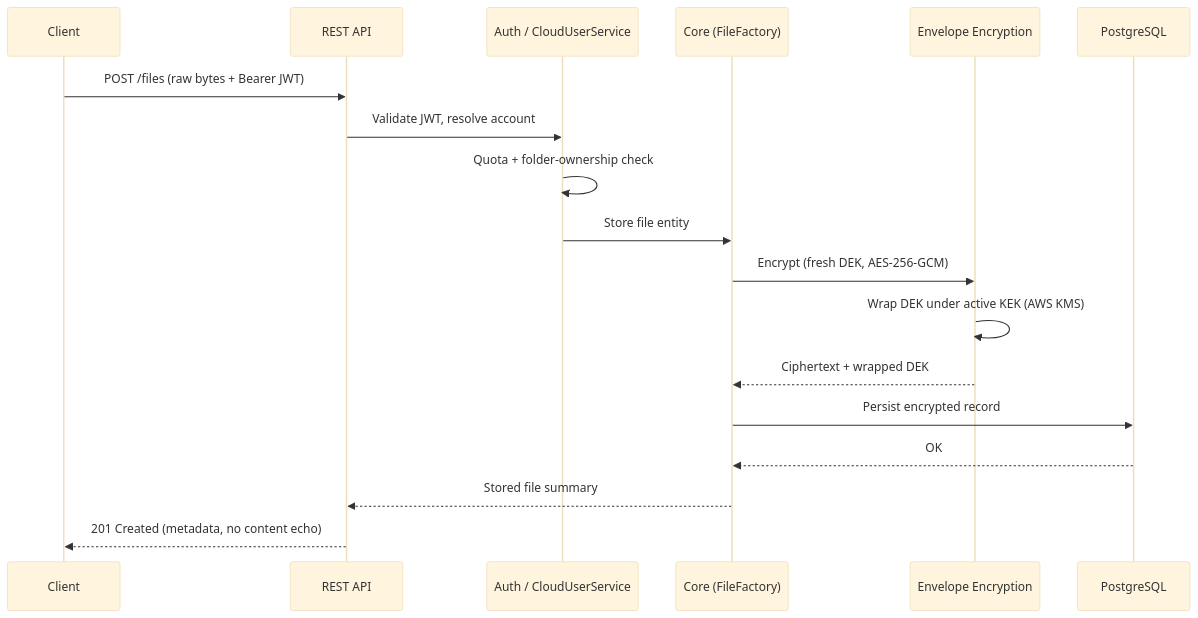
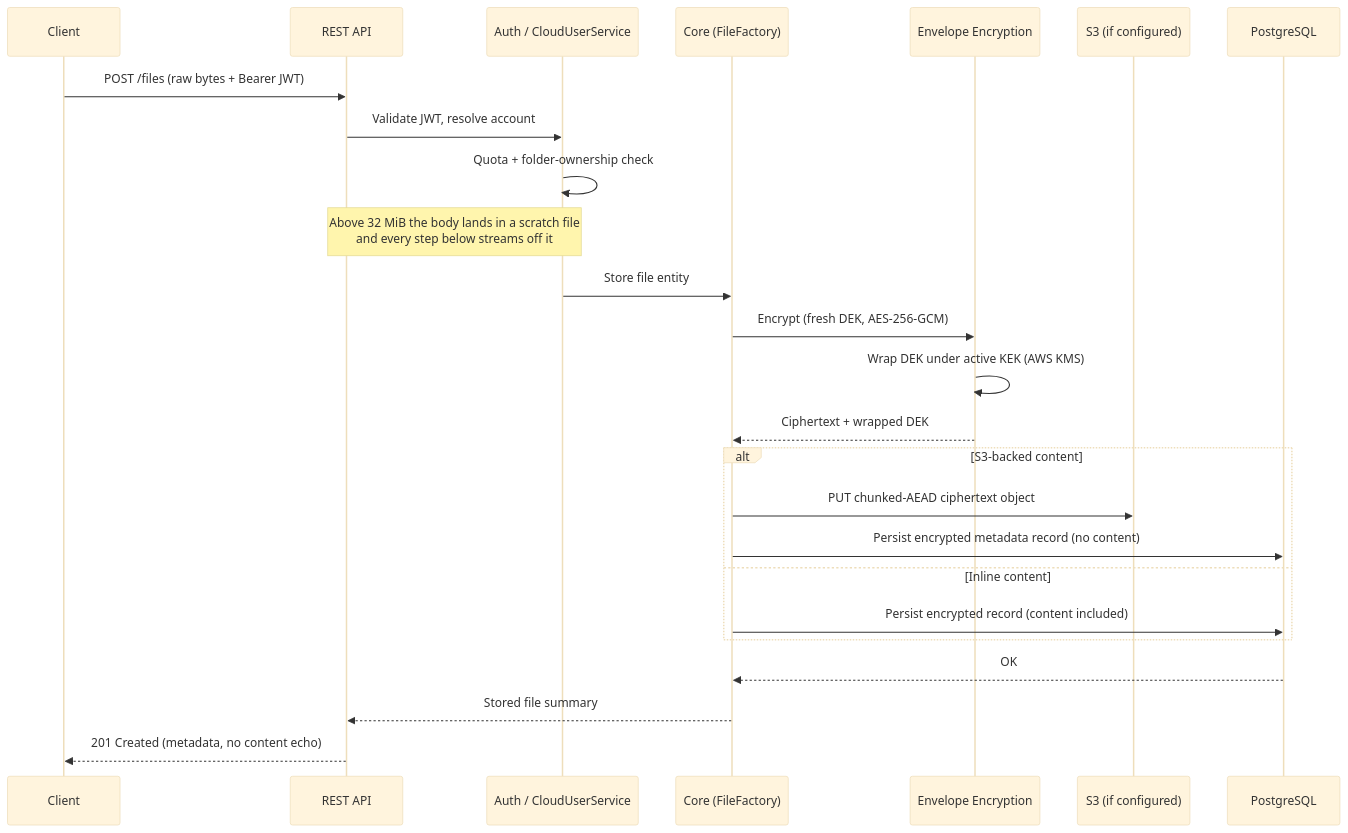
One commit to linoalessio/cloud-driver changed the third of 7 diagrams in README.md. Above: the diagram before and after it, drawn with Mermaid (base theme). The commit also changed other lines of this file and 9 other files, not shown here.

````diff
--- a/README.md
+++ b/README.md
@@ -220,21 +237,28 @@
 ```mermaid
 sequenceDiagram
     participant Client
     participant REST as REST API
     participant Auth as Auth / CloudUserService
     participant Core as Core (FileFactory)
     participant Enc as Envelope Encryption
+    participant S3 as S3 (if configured)
     participant DB as PostgreSQL
 
     Client->>REST: POST /files (raw bytes + Bearer JWT)
     REST->>Auth: Validate JWT, resolve account
     Auth->>Auth: Quota + folder-ownership check
+    Note over REST,Auth: Above 32 MiB the body lands in a scratch file<br/>and every step below streams off it
     Auth->>Core: Store file entity
     Core->>Enc: Encrypt (fresh DEK, AES-256-GCM)
     Enc->>Enc: Wrap DEK under active KEK (AWS KMS)
     Enc-->>Core: Ciphertext + wrapped DEK
-    Core->>DB: Persist encrypted record
+    alt S3-backed content
+        Core->>S3: PUT chunked-AEAD ciphertext object
+        Core->>DB: Persist encrypted metadata record (no content)
+    else Inline content
+        Core->>DB: Persist encrypted record (content included)
+    end
     DB-->>Core: OK
     Core-->>REST: Stored file summary
     REST-->>Client: 201 Created (metadata, no content echo)
 ```
````
